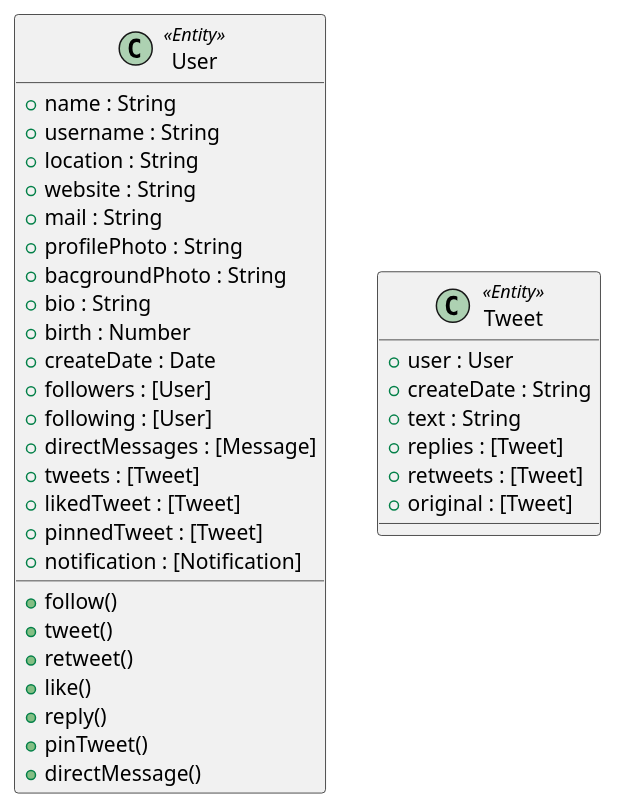
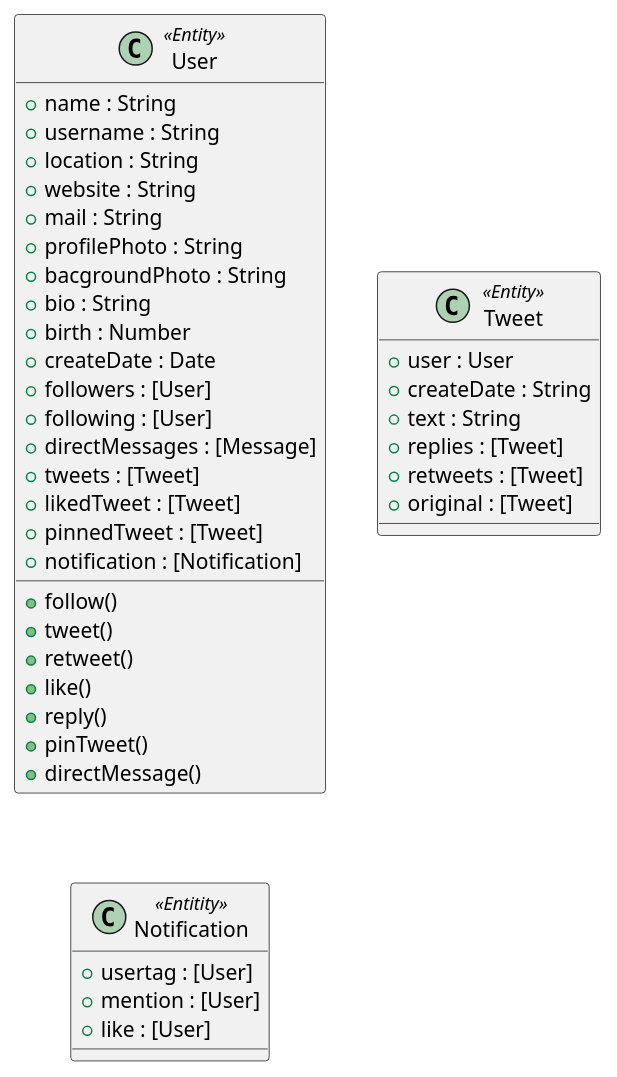
Before and after one commit to veyselusta/twitter: the diagram in class-diagram.puml, drawn with PlantUML.

Commit message:
Add Notification Class

```diff
--- a/class-diagram.puml
+++ b/class-diagram.puml
@@ -1,40 +1,48 @@
 @startuml "Class Diagram"
 
 class User <<Entity>> {
   + name : String
   + username : String
   + location : String
   + website : String
   + mail : String
   + profilePhoto : String
   + bacgroundPhoto : String
   + bio : String
   + birth : Number
   + createDate : Date
   + followers : [User]
   + following : [User]
   + directMessages : [Message]
   + tweets : [Tweet]
   + likedTweet : [Tweet]
   + pinnedTweet : [Tweet]
   + notification : [Notification]
 
   + follow()
   + tweet()
   + retweet()
   + like()
   + reply()
   + pinTweet()
   + directMessage()
 }
 
 class Tweet <<Entity>> {
   + user : User
   + createDate : String
   + text : String
   + replies : [Tweet]
   + retweets : [Tweet]
   + original : [Tweet]
 }
 
+Class Notification <<Entitity>> {
+  + usertag : [User]
+  + mention : [User]
+  + like : [User]
+}
+
+
+
 @enduml
```
